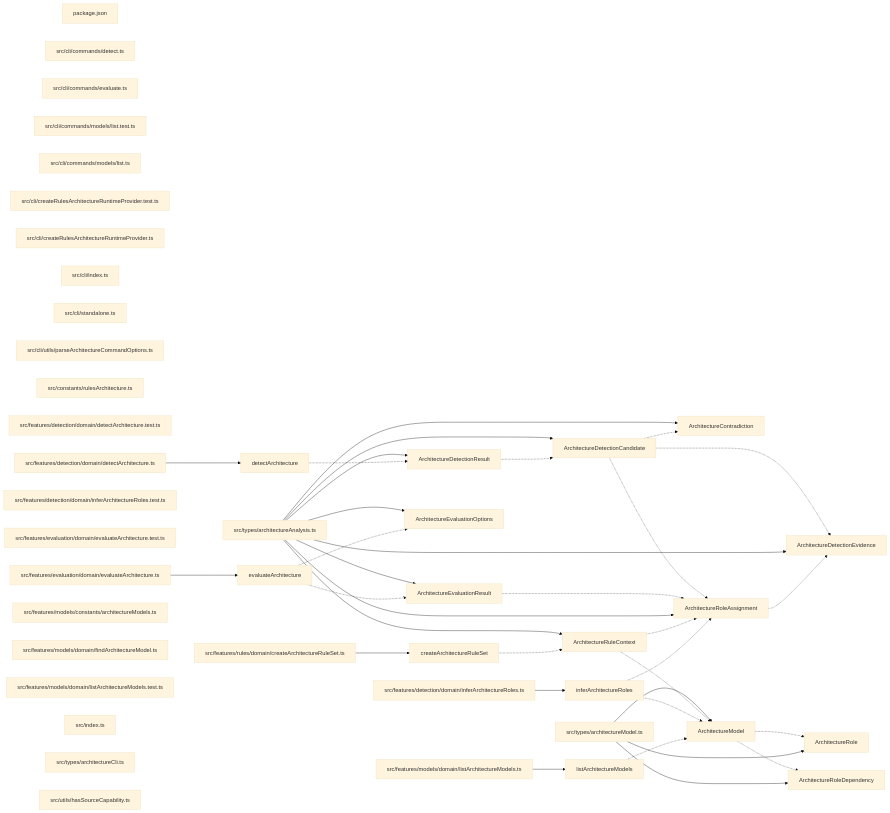
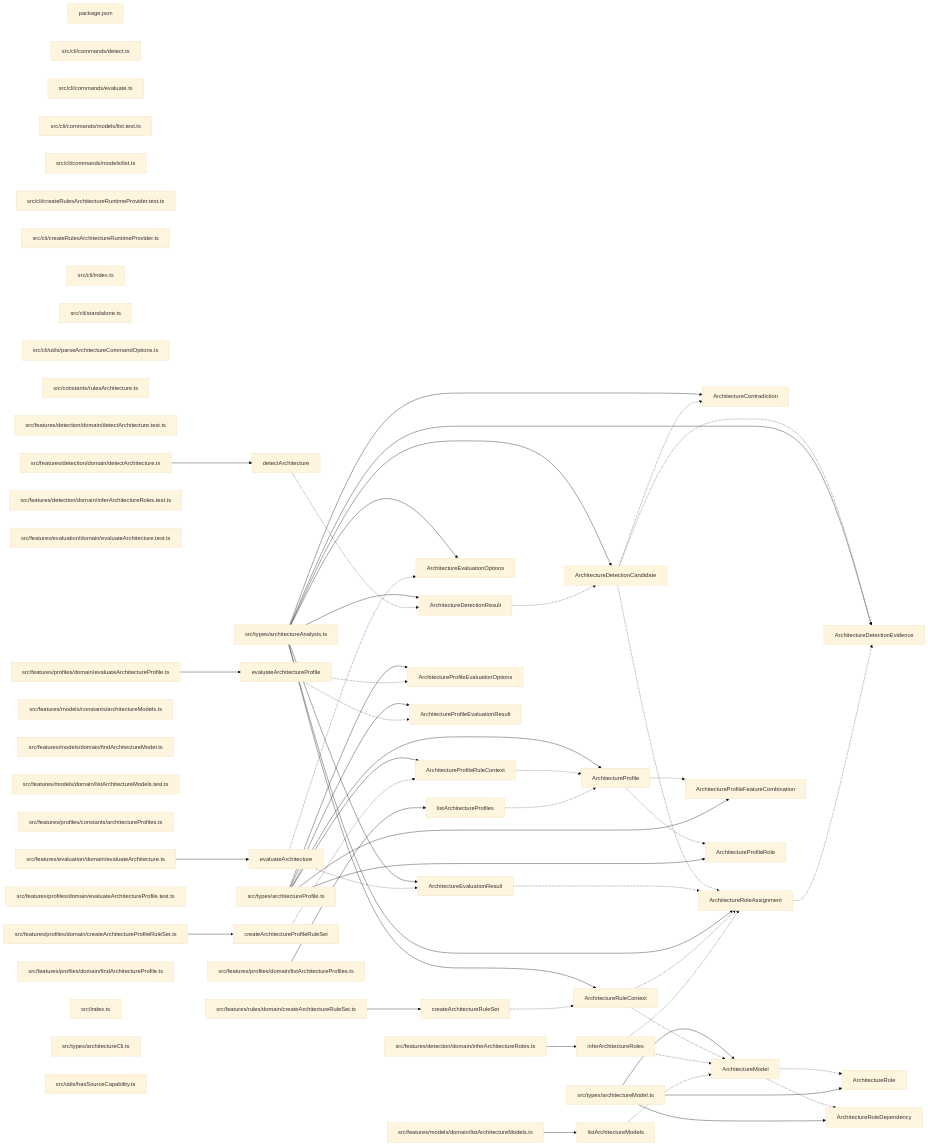
Before and after one commit to ankhorage/rules-architecture: the diagram in paradox/diagrams/export-graph.mmd, drawn with Mermaid (base theme). The commit also changed 12 other files, not shown here.

```diff
--- a/paradox/diagrams/export-graph.mmd
+++ b/paradox/diagrams/export-graph.mmd
@@ -1,77 +1,109 @@
 graph LR
   module_package_json["package.json"]
   module_src_cli_commands_detect_ts["src/cli/commands/detect.ts"]
   module_src_cli_commands_evaluate_ts["src/cli/commands/evaluate.ts"]
   module_src_cli_commands_models_list_test_ts["src/cli/commands/models/list.test.ts"]
   module_src_cli_commands_models_list_ts["src/cli/commands/models/list.ts"]
   module_src_cli_createRulesArchitectureRuntimeProvider_test_ts["src/cli/createRulesArchitectureRuntimeProvider.test.ts"]
   module_src_cli_createRulesArchitectureRuntimeProvider_ts["src/cli/createRulesArchitectureRuntimeProvider.ts"]
   module_src_cli_index_ts["src/cli/index.ts"]
   module_src_cli_standalone_ts["src/cli/standalone.ts"]
   module_src_cli_utils_parseArchitectureCommandOptions_ts["src/cli/utils/parseArchitectureCommandOptions.ts"]
   module_src_constants_rulesArchitecture_ts["src/constants/rulesArchitecture.ts"]
   module_src_features_detection_domain_detectArchitecture_test_ts["src/features/detection/domain/detectArchitecture.test.ts"]
   module_src_features_detection_domain_detectArchitecture_ts["src/features/detection/domain/detectArchitecture.ts"]
   module_src_features_detection_domain_inferArchitectureRoles_test_ts["src/features/detection/domain/inferArchitectureRoles.test.ts"]
   module_src_features_detection_domain_inferArchitectureRoles_ts["src/features/detection/domain/inferArchitectureRoles.ts"]
   module_src_features_evaluation_domain_evaluateArchitecture_test_ts["src/features/evaluation/domain/evaluateArchitecture.test.ts"]
   module_src_features_evaluation_domain_evaluateArchitecture_ts["src/features/evaluation/domain/evaluateArchitecture.ts"]
   module_src_features_models_constants_architectureModels_ts["src/features/models/constants/architectureModels.ts"]
   module_src_features_models_domain_findArchitectureModel_ts["src/features/models/domain/findArchitectureModel.ts"]
   module_src_features_models_domain_listArchitectureModels_test_ts["src/features/models/domain/listArchitectureModels.test.ts"]
   module_src_features_models_domain_listArchitectureModels_ts["src/features/models/domain/listArchitectureModels.ts"]
+  module_src_features_profiles_constants_architectureProfiles_ts["src/features/profiles/constants/architectureProfiles.ts"]
+  module_src_features_profiles_domain_createArchitectureProfileRuleSet_ts["src/features/profiles/domain/createArchitectureProfileRuleSet.ts"]
+  module_src_features_profiles_domain_evaluateArchitectureProfile_test_ts["src/features/profiles/domain/evaluateArchitectureProfile.test.ts"]
+  module_src_features_profiles_domain_evaluateArchitectureProfile_ts["src/features/profiles/domain/evaluateArchitectureProfile.ts"]
+  module_src_features_profiles_domain_findArchitectureProfile_ts["src/features/profiles/domain/findArchitectureProfile.ts"]
+  module_src_features_profiles_domain_listArchitectureProfiles_ts["src/features/profiles/domain/listArchitectureProfiles.ts"]
   module_src_features_rules_domain_createArchitectureRuleSet_ts["src/features/rules/domain/createArchitectureRuleSet.ts"]
   module_src_index_ts["src/index.ts"]
   module_src_types_architectureAnalysis_ts["src/types/architectureAnalysis.ts"]
   module_src_types_architectureCli_ts["src/types/architectureCli.ts"]
   module_src_types_architectureModel_ts["src/types/architectureModel.ts"]
+  module_src_types_architectureProfile_ts["src/types/architectureProfile.ts"]
   module_src_utils_hasSourceCapability_ts["src/utils/hasSourceCapability.ts"]
   export_ArchitectureContradiction["ArchitectureContradiction"]
   module_src_types_architectureAnalysis_ts --> export_ArchitectureContradiction
   export_ArchitectureDetectionCandidate["ArchitectureDetectionCandidate"]
   module_src_types_architectureAnalysis_ts --> export_ArchitectureDetectionCandidate
   export_ArchitectureDetectionCandidate -.-> export_ArchitectureContradiction
   export_ArchitectureDetectionCandidate -.-> export_ArchitectureDetectionEvidence
   export_ArchitectureDetectionCandidate -.-> export_ArchitectureRoleAssignment
   export_ArchitectureDetectionEvidence["ArchitectureDetectionEvidence"]
   module_src_types_architectureAnalysis_ts --> export_ArchitectureDetectionEvidence
   export_ArchitectureDetectionResult["ArchitectureDetectionResult"]
   module_src_types_architectureAnalysis_ts --> export_ArchitectureDetectionResult
   export_ArchitectureDetectionResult -.-> export_ArchitectureDetectionCandidate
   export_ArchitectureEvaluationOptions["ArchitectureEvaluationOptions"]
   module_src_types_architectureAnalysis_ts --> export_ArchitectureEvaluationOptions
   export_ArchitectureEvaluationResult["ArchitectureEvaluationResult"]
   module_src_types_architectureAnalysis_ts --> export_ArchitectureEvaluationResult
   export_ArchitectureEvaluationResult -.-> export_ArchitectureRoleAssignment
   export_ArchitectureModel["ArchitectureModel"]
   module_src_types_architectureModel_ts --> export_ArchitectureModel
   export_ArchitectureModel -.-> export_ArchitectureRole
   export_ArchitectureModel -.-> export_ArchitectureRoleDependency
+  export_ArchitectureProfile["ArchitectureProfile"]
+  module_src_types_architectureProfile_ts --> export_ArchitectureProfile
+  export_ArchitectureProfile -.-> export_ArchitectureProfileFeatureCombination
+  export_ArchitectureProfile -.-> export_ArchitectureProfileRole
+  export_ArchitectureProfileEvaluationOptions["ArchitectureProfileEvaluationOptions"]
+  module_src_types_architectureProfile_ts --> export_ArchitectureProfileEvaluationOptions
+  export_ArchitectureProfileEvaluationResult["ArchitectureProfileEvaluationResult"]
+  module_src_types_architectureProfile_ts --> export_ArchitectureProfileEvaluationResult
+  export_ArchitectureProfileFeatureCombination["ArchitectureProfileFeatureCombination"]
+  module_src_types_architectureProfile_ts --> export_ArchitectureProfileFeatureCombination
+  export_ArchitectureProfileRole["ArchitectureProfileRole"]
+  module_src_types_architectureProfile_ts --> export_ArchitectureProfileRole
+  export_ArchitectureProfileRuleContext["ArchitectureProfileRuleContext"]
+  module_src_types_architectureProfile_ts --> export_ArchitectureProfileRuleContext
+  export_ArchitectureProfileRuleContext -.-> export_ArchitectureProfile
   export_ArchitectureRole["ArchitectureRole"]
   module_src_types_architectureModel_ts --> export_ArchitectureRole
   export_ArchitectureRoleAssignment["ArchitectureRoleAssignment"]
   module_src_types_architectureAnalysis_ts --> export_ArchitectureRoleAssignment
   export_ArchitectureRoleAssignment -.-> export_ArchitectureDetectionEvidence
   export_ArchitectureRoleDependency["ArchitectureRoleDependency"]
   module_src_types_architectureModel_ts --> export_ArchitectureRoleDependency
   export_ArchitectureRuleContext["ArchitectureRuleContext"]
   module_src_types_architectureAnalysis_ts --> export_ArchitectureRuleContext
   export_ArchitectureRuleContext -.-> export_ArchitectureModel
   export_ArchitectureRuleContext -.-> export_ArchitectureRoleAssignment
+  export_createArchitectureProfileRuleSet["createArchitectureProfileRuleSet"]
+  module_src_features_profiles_domain_createArchitectureProfileRuleSet_ts --> export_createArchitectureProfileRuleSet
+  export_createArchitectureProfileRuleSet -.-> export_ArchitectureProfileRuleContext
   export_createArchitectureRuleSet["createArchitectureRuleSet"]
   module_src_features_rules_domain_createArchitectureRuleSet_ts --> export_createArchitectureRuleSet
   export_createArchitectureRuleSet -.-> export_ArchitectureRuleContext
   export_detectArchitecture["detectArchitecture"]
   module_src_features_detection_domain_detectArchitecture_ts --> export_detectArchitecture
   export_detectArchitecture -.-> export_ArchitectureDetectionResult
   export_evaluateArchitecture["evaluateArchitecture"]
   module_src_features_evaluation_domain_evaluateArchitecture_ts --> export_evaluateArchitecture
   export_evaluateArchitecture -.-> export_ArchitectureEvaluationOptions
   export_evaluateArchitecture -.-> export_ArchitectureEvaluationResult
+  export_evaluateArchitectureProfile["evaluateArchitectureProfile"]
+  module_src_features_profiles_domain_evaluateArchitectureProfile_ts --> export_evaluateArchitectureProfile
+  export_evaluateArchitectureProfile -.-> export_ArchitectureProfileEvaluationOptions
+  export_evaluateArchitectureProfile -.-> export_ArchitectureProfileEvaluationResult
   export_inferArchitectureRoles["inferArchitectureRoles"]
   module_src_features_detection_domain_inferArchitectureRoles_ts --> export_inferArchitectureRoles
   export_inferArchitectureRoles -.-> export_ArchitectureModel
   export_inferArchitectureRoles -.-> export_ArchitectureRoleAssignment
   export_listArchitectureModels["listArchitectureModels"]
   module_src_features_models_domain_listArchitectureModels_ts --> export_listArchitectureModels
   export_listArchitectureModels -.-> export_ArchitectureModel
+  export_listArchitectureProfiles["listArchitectureProfiles"]
+  module_src_features_profiles_domain_listArchitectureProfiles_ts --> export_listArchitectureProfiles
+  export_listArchitectureProfiles -.-> export_ArchitectureProfile
```
